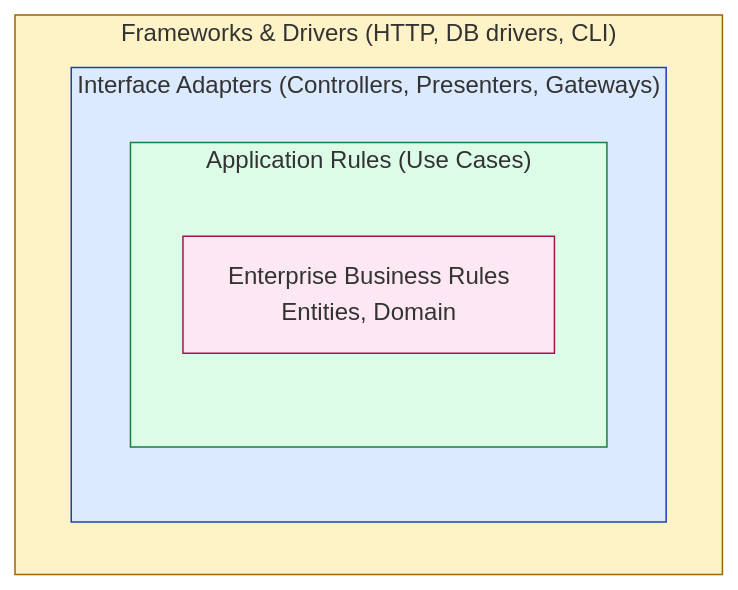
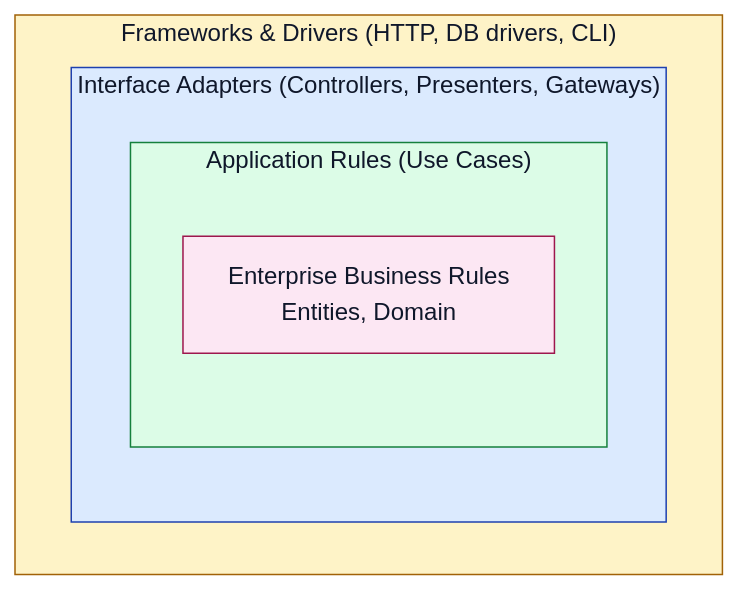
The third of 12 diagrams in docs/senior-golang-study/04-architecture-and-patterns/patterns/02-architecture-patterns.md (fev0ks/LearnGoLang), drawn with Mermaid before and after one commit. The commit also changed other lines of this file and 5 other files, not shown here.

Commit message:
Rework architecture and reliability guides

````diff
--- a/docs/senior-golang-study/04-architecture-and-patterns/patterns/02-architecture-patterns.md
+++ b/docs/senior-golang-study/04-architecture-and-patterns/patterns/02-architecture-patterns.md
@@ -118,15 +118,15 @@
 ```mermaid
 flowchart TB
     subgraph L1["Frameworks & Drivers (HTTP, DB drivers, CLI)"]
         subgraph L2["Interface Adapters (Controllers, Presenters, Gateways)"]
             subgraph L3["Application Rules (Use Cases)"]
                 L4["Enterprise Business Rules<br/>Entities, Domain"]
             end
         end
     end
 
-    style L1 fill:#fef3c7,stroke:#a16207
-    style L2 fill:#dbeafe,stroke:#1e40af
-    style L3 fill:#dcfce7,stroke:#15803d
-    style L4 fill:#fce7f3,stroke:#9d174d
+    style L1 fill:#fef3c7,stroke:#a16207,color:#0f172a
+    style L2 fill:#dbeafe,stroke:#1e40af,color:#0f172a
+    style L3 fill:#dcfce7,stroke:#15803d,color:#0f172a
+    style L4 fill:#fce7f3,stroke:#9d174d,color:#0f172a
 ```
````
